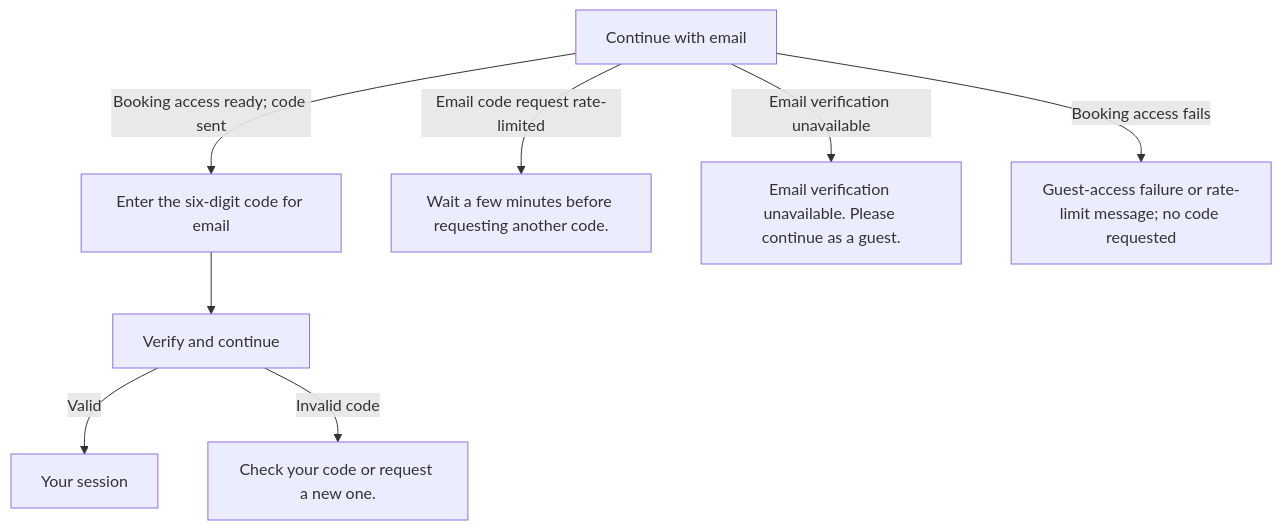
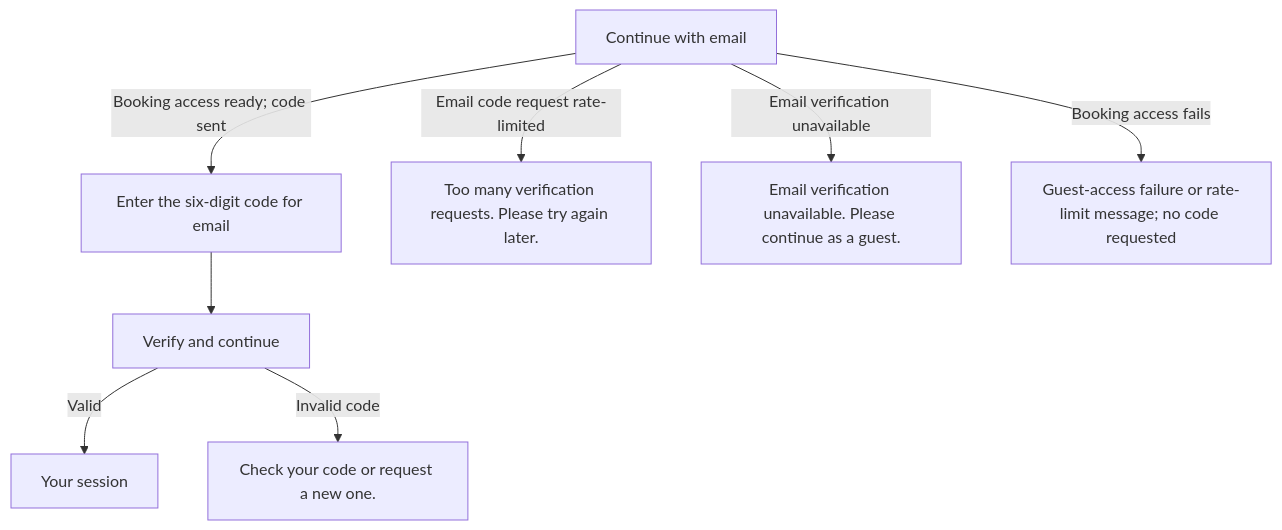
Before and after one commit to soccerbotstudiosg/soccerbotstudioSG: the second of 19 diagrams in docs/booking-flows.md, drawn with Mermaid. The commit also changed other lines of this file and 47 other files, not shown here.

First line of the commit message:
Clarify email cooldowns and verify new checkout requests (#58)

````diff
--- a/docs/booking-flows.md
+++ b/docs/booking-flows.md
@@ -37,10 +39,10 @@
 ```mermaid
 flowchart TD
   A["Continue with email"] -->|Booking access ready; code sent| B["Enter the six-digit code for email"]
   B --> C["Verify and continue"]
   C -->|Valid| D["Your session"]
   C -->|Invalid code| E["Check your code or request a new one."]
-  A -->|Email code request rate-limited| F["Wait a few minutes before requesting another code."]
+  A -->|Email code request rate-limited| F["Too many verification requests. Please try again later."]
   A -->|Email verification unavailable| G["Email verification unavailable. Please continue as a guest."]
   A -->|Booking access fails| H["Guest-access failure or rate-limit message; no code requested"]
 ```
````
